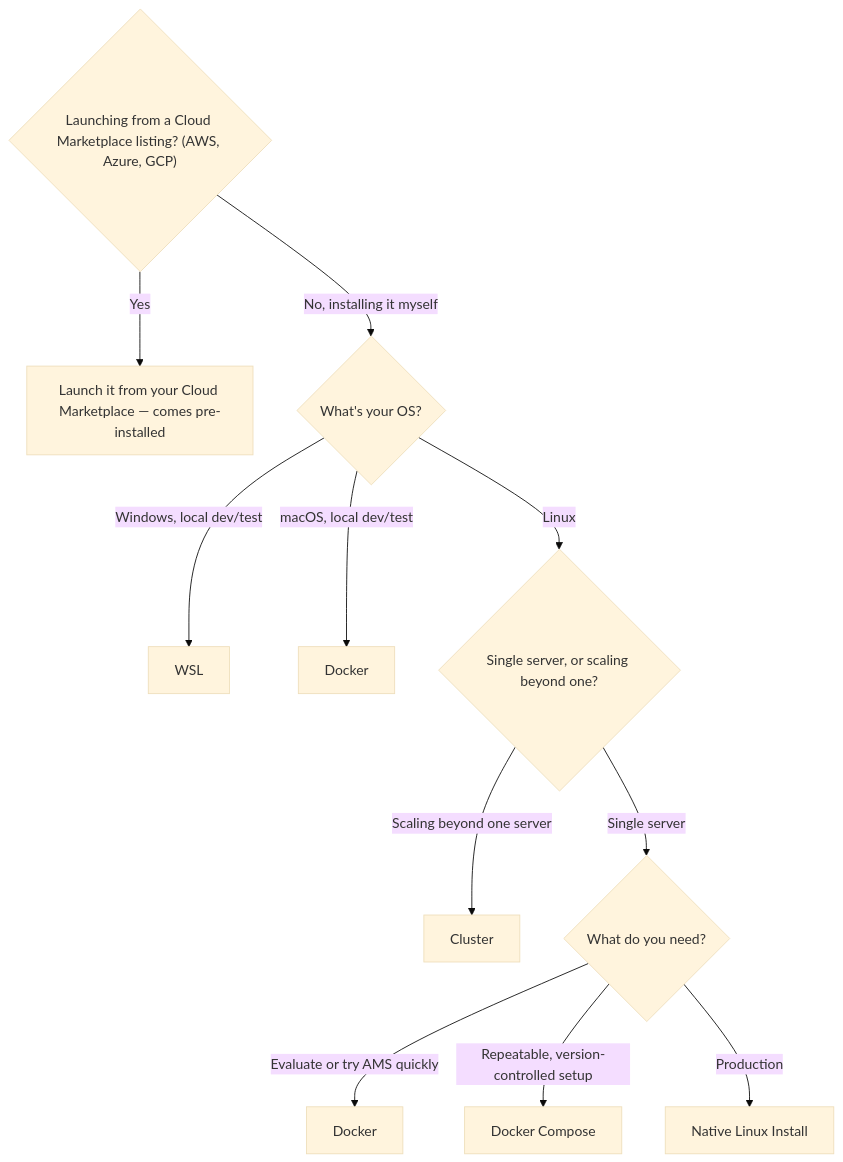
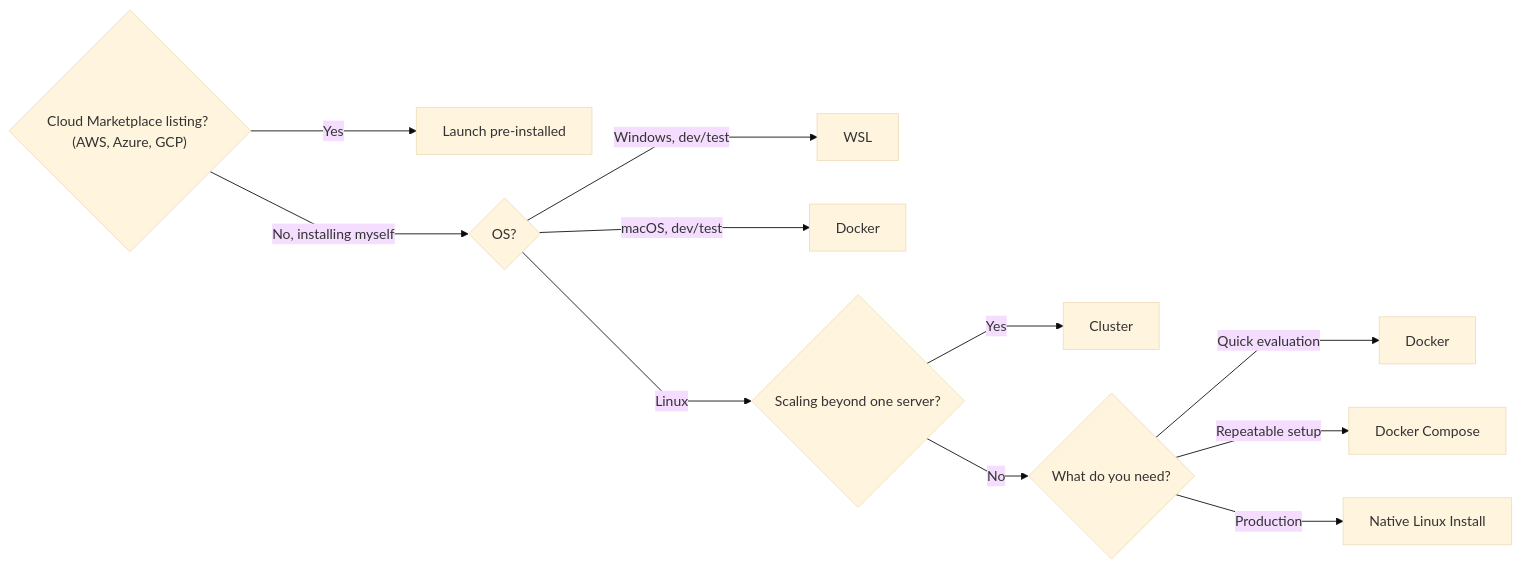
One commit to ant-media/ant-media-documentation changed the diagram in docs/guides/installing-on-linux/which-installation-method-should-i-use.md. Above: the diagram before and after it, drawn with Mermaid (base theme). The commit also changed 7 other files, not shown here.

First line of the commit message:
NDI: drop the file-edit option, keep panel-only; flowchart readability pass

````diff
--- a/docs/guides/installing-on-linux/which-installation-method-should-i-use.md
+++ b/docs/guides/installing-on-linux/which-installation-method-should-i-use.md
@@ -12,14 +12,15 @@
 ```mermaid
-flowchart TD
-    A{"Launching from a Cloud Marketplace listing? (AWS, Azure, GCP)"}
-    A -->|"Yes"| CM["Launch it from your Cloud Marketplace — comes pre-installed"]
-    A -->|"No, installing it myself"| B{"What's your OS?"}
-    B -->|"Windows, local dev/test"| WSL["WSL"]
-    B -->|"macOS, local dev/test"| DOCKERMAC["Docker"]
-    B -->|"Linux"| C{"Single server, or scaling beyond one?"}
-    C -->|"Scaling beyond one server"| CLUSTER["Cluster"]
-    C -->|"Single server"| D{"What do you need?"}
-    D -->|"Evaluate or try AMS quickly"| DOCKER["Docker"]
-    D -->|"Repeatable, version-controlled setup"| COMPOSE["Docker Compose"]
+%%{init: {'flowchart': {'curve': 'linear'}}}%%
+flowchart LR
+    A{"Cloud Marketplace listing? (AWS, Azure, GCP)"}
+    A -->|"Yes"| CM["Launch pre-installed"]
+    A -->|"No, installing myself"| B{"OS?"}
+    B -->|"Windows, dev/test"| WSL["WSL"]
+    B -->|"macOS, dev/test"| DOCKERMAC["Docker"]
+    B -->|"Linux"| C{"Scaling beyond one server?"}
+    C -->|"Yes"| CLUSTER["Cluster"]
+    C -->|"No"| D{"What do you need?"}
+    D -->|"Quick evaluation"| DOCKER["Docker"]
+    D -->|"Repeatable setup"| COMPOSE["Docker Compose"]
     D -->|"Production"| NATIVE["Native Linux Install"]
 ```
````
